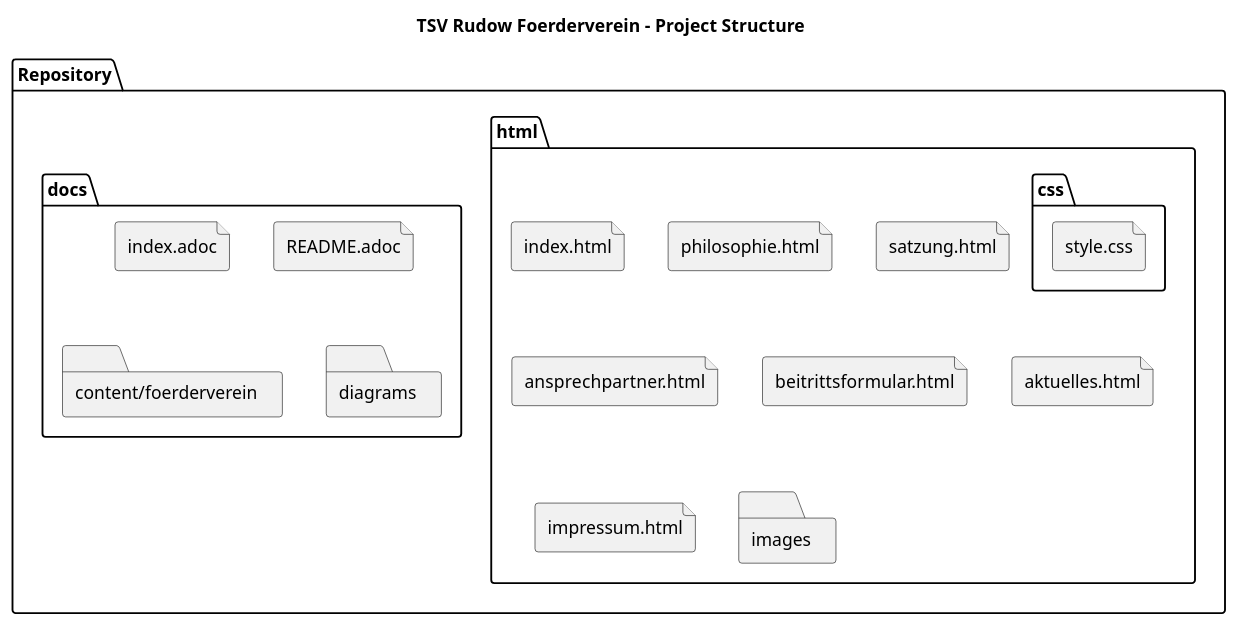
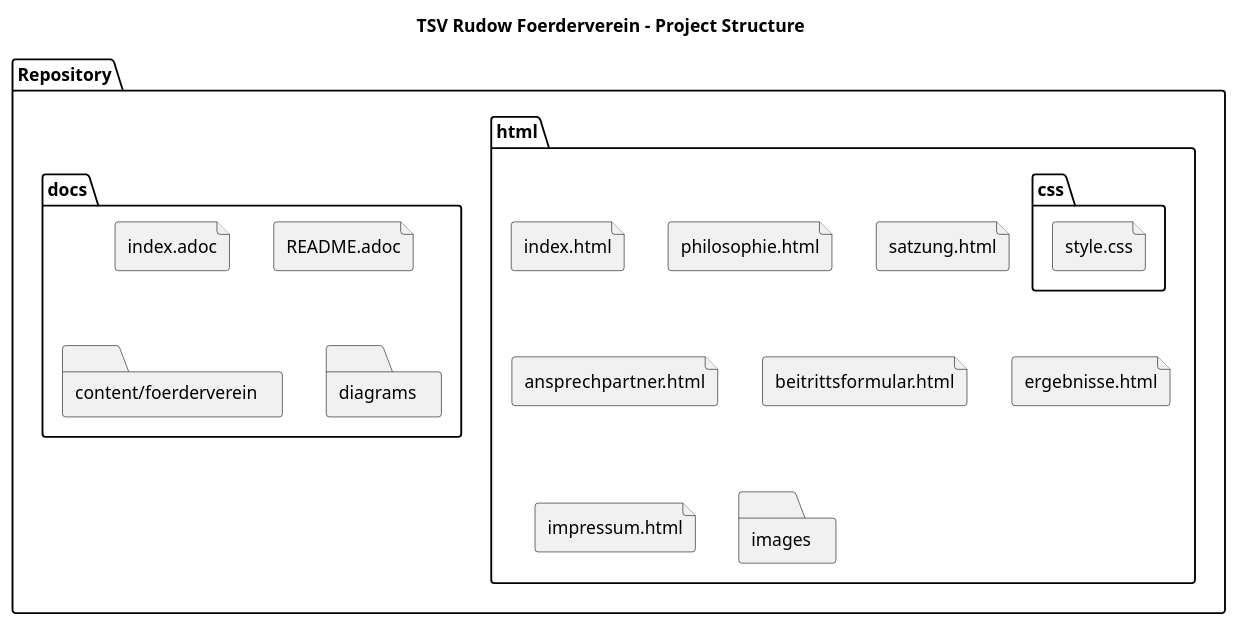
One commit to iosan/tsv_rudow_fv changed the diagram in docs/diagrams/project-structure.puml. Above: the diagram before and after it, drawn with PlantUML. The commit also changed 46 other files, not shown here.

```diff
--- a/docs/diagrams/project-structure.puml
+++ b/docs/diagrams/project-structure.puml
@@ -1,28 +1,28 @@
 @startuml
 skinparam backgroundColor transparent
 skinparam packageStyle rectangle
 
 title TSV Rudow Foerderverein - Project Structure
 
 folder "Repository" {
   folder "html" {
     file "index.html"
     file "philosophie.html"
     file "satzung.html"
     file "ansprechpartner.html"
     file "beitrittsformular.html"
-    file "aktuelles.html"
+    file "ergebnisse.html"
     file "impressum.html"
     folder "css" {
       file "style.css"
     }
     folder "images"
   }
   folder "docs" {
     file "index.adoc"
     file "README.adoc"
     folder "content/foerderverein"
     folder "diagrams"
   }
 }
 @enduml
```
